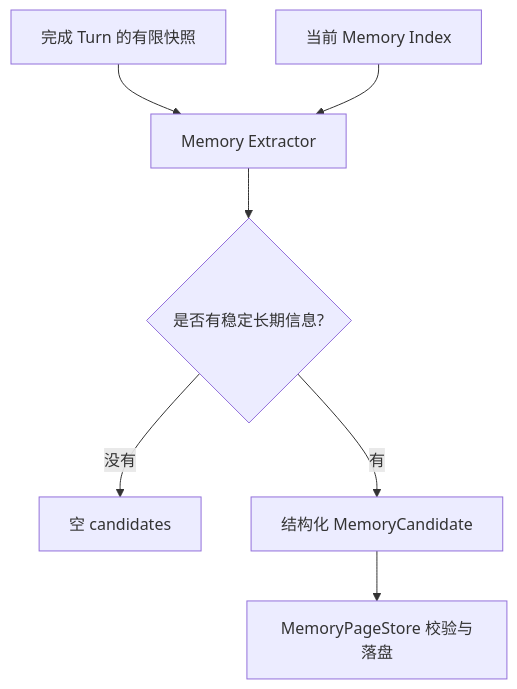
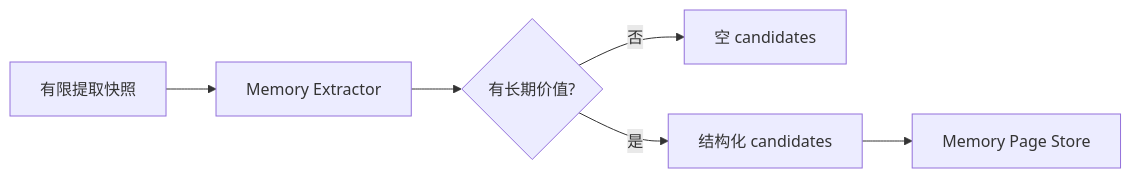
Before and after one commit to Arthur999459up/GitAgent: the sixth of 10 diagrams in docs/11-long-term-memory.md, drawn with Mermaid. The commit also changed other lines of this file and 15 other files, not shown here.

````diff
--- a/docs/11-long-term-memory.md
+++ b/docs/11-long-term-memory.md
@@ -257,9 +126,8 @@
 ```mermaid
-flowchart TD
-    A[完成 Turn 的有限快照] --> E[Memory Extractor]
-    B[当前 Memory Index] --> E
-    E --> C{是否有稳定长期信息?}
-    C -->|没有| D[空 candidates]
-    C -->|有| F[结构化 MemoryCandidate]
-    F --> G[MemoryPageStore 校验与落盘]
+flowchart LR
+    C[有限提取快照] --> E[Memory Extractor]
+    E --> D{有长期价值?}
+    D -->|否| N[空 candidates]
+    D -->|是| M[结构化 candidates]
+    M --> S[Memory Page Store]
 ```
````
